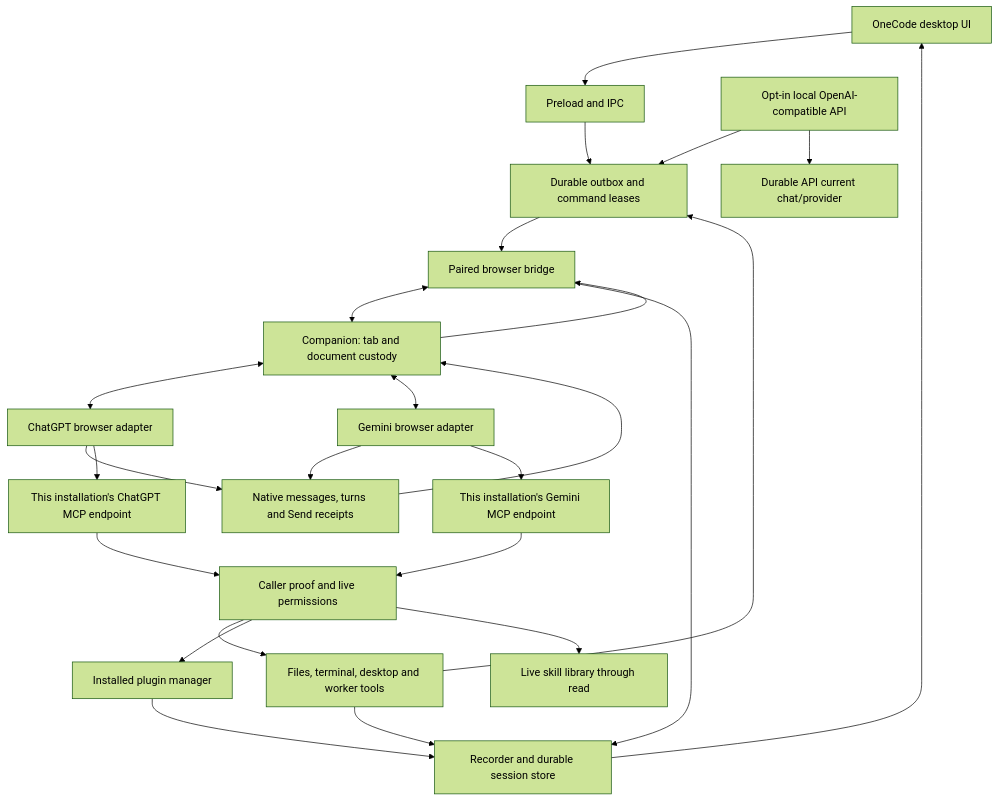
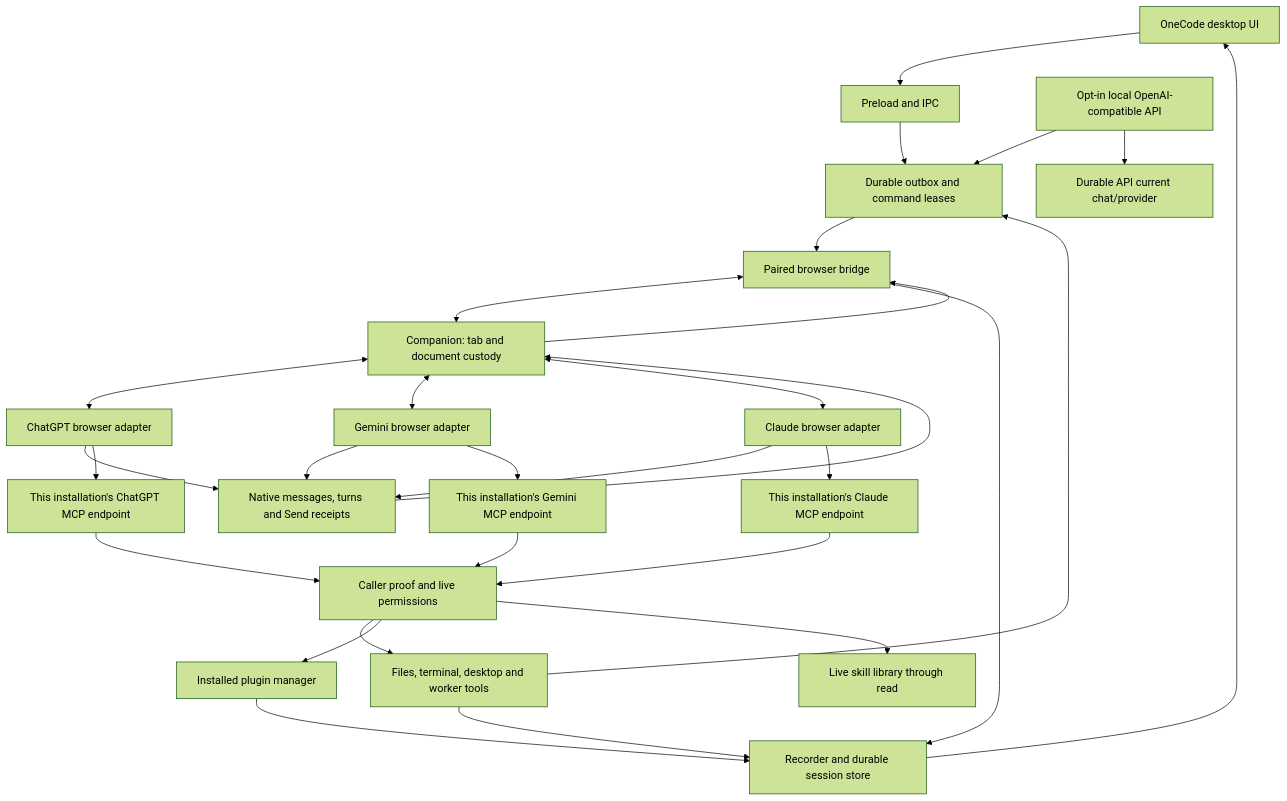
One commit to hassanradwannn/OneCode changed the diagram in docs/ARCHITECTURE.md. Above: the diagram before and after it, drawn with Mermaid (forest theme). The commit also changed other lines of this file and 103 other files, not shown here.

````diff
--- a/docs/ARCHITECTURE.md
+++ b/docs/ARCHITECTURE.md
@@ -11,27 +13,31 @@
 ```mermaid
 flowchart TD
   UI[OneCode desktop UI] --> IPC[Preload and IPC]
   IPC --> Input[Durable outbox and command leases]
   Input --> Bridge[Paired browser bridge]
   API[Opt-in local OpenAI-compatible API] --> Input
   API --> APIState[Durable API current chat/provider]
   Bridge <--> Companion[Companion: tab and document custody]
   Companion <--> ChatGPT[ChatGPT browser adapter]
   Companion <--> Gemini[Gemini browser adapter]
+  Companion <--> Claude[Claude browser adapter]
   ChatGPT --> Observations[Native messages, turns and Send receipts]
   Gemini --> Observations
+  Claude --> Observations
   Observations --> Companion
   Companion --> Bridge
   Bridge --> History[Recorder and durable session store]
   History --> UI
   ChatGPT --> CGMCP[This installation's ChatGPT MCP endpoint]
   Gemini --> GMCP[This installation's Gemini MCP endpoint]
+  Claude --> CMCP[This installation's Claude MCP endpoint]
   CGMCP --> Admission[Caller proof and live permissions]
   GMCP --> Admission
+  CMCP --> Admission
   Admission --> Tools[Files, terminal, desktop and worker tools]
   Admission --> Plugins[Installed plugin manager]
   Admission --> Skills[Live skill library through read]
   Tools --> History
   Plugins --> History
   Tools --> Input
 ```
````
